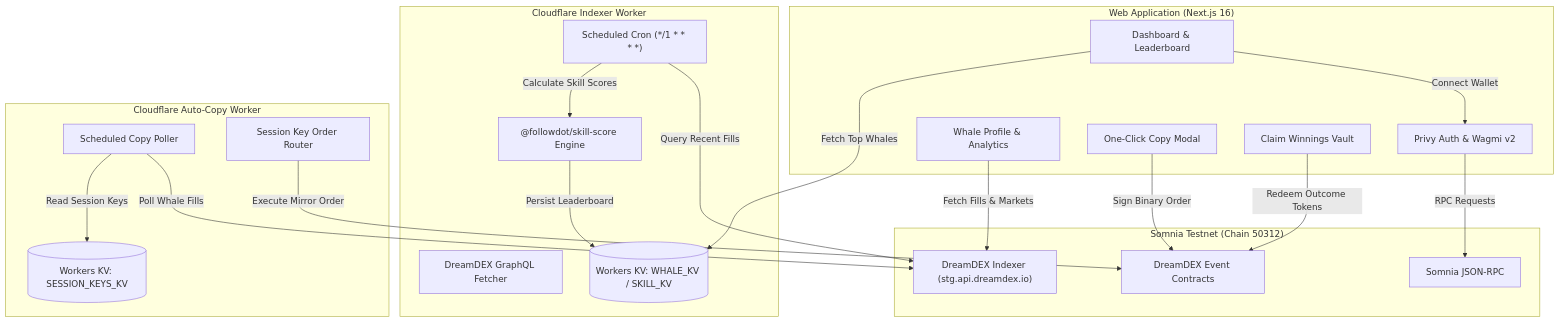
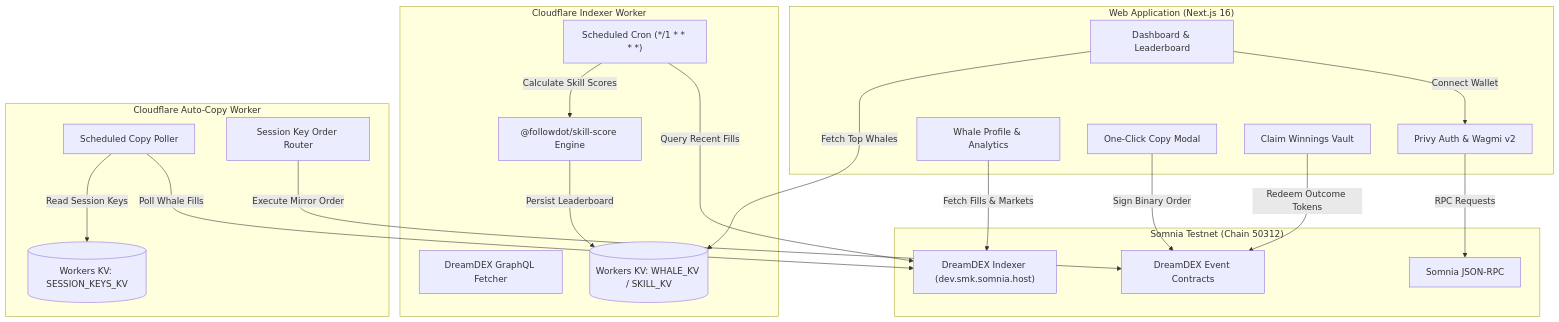
Before and after one commit to AduAkorful/followdot: the diagram in README.md, drawn with Mermaid. The commit also changed other lines of this file and 62 other files, not shown here.

````diff
--- a/README.md
+++ b/README.md
@@ -37,44 +37,44 @@
 ```mermaid
 flowchart TB
     subgraph Frontend["Web Application (Next.js 16)"]
         UI["Dashboard & Leaderboard"]
         Privy["Privy Auth & Wagmi v2"]
         Profile["Whale Profile & Analytics"]
         CopyModal["One-Click Copy Modal"]
         ClaimUI["Claim Winnings Vault"]
     end
 
     subgraph IndexerWorker["Cloudflare Indexer Worker"]
         CronIndexer["Scheduled Cron (*/1 * * * *)"]
         GraphQLFetcher["DreamDEX GraphQL Fetcher"]
         SkillEngine["@followdot/skill-score Engine"]
         WhaleKV[("Workers KV: WHALE_KV / SKILL_KV")]
     end
 
     subgraph AutoCopyWorker["Cloudflare Auto-Copy Worker"]
         CronCopy["Scheduled Copy Poller"]
         SessionStore[("Workers KV: SESSION_KEYS_KV")]
         OrderRouter["Session Key Order Router"]
     end
 
     subgraph SomniaChain["Somnia Testnet (Chain 50312)"]
         DreamDEX["DreamDEX Event Contracts"]
         RPC["Somnia JSON-RPC"]
-        IndexerAPI["DreamDEX Indexer (stg.api.dreamdex.io)"]
+        IndexerAPI["DreamDEX Indexer (dev.smk.somnia.host)"]
     end
 
     UI -->|Connect Wallet| Privy
     Privy -->|RPC Requests| RPC
     UI -->|Fetch Top Whales| WhaleKV
     Profile -->|Fetch Fills & Markets| IndexerAPI
     CopyModal -->|Sign Binary Order| DreamDEX
     ClaimUI -->|Redeem Outcome Tokens| DreamDEX
 
     CronIndexer -->|Query Recent Fills| IndexerAPI
     CronIndexer -->|Calculate Skill Scores| SkillEngine
     SkillEngine -->|Persist Leaderboard| WhaleKV
 
     CronCopy -->|Poll Whale Fills| IndexerAPI
     CronCopy -->|Read Session Keys| SessionStore
     OrderRouter -->|Execute Mirror Order| DreamDEX
 ```
````
